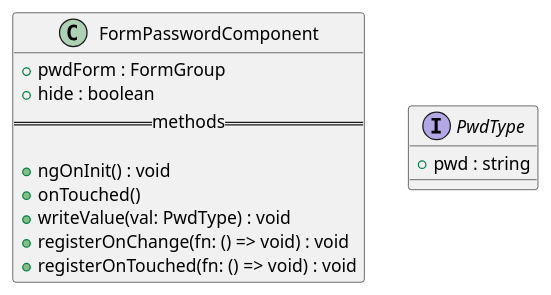
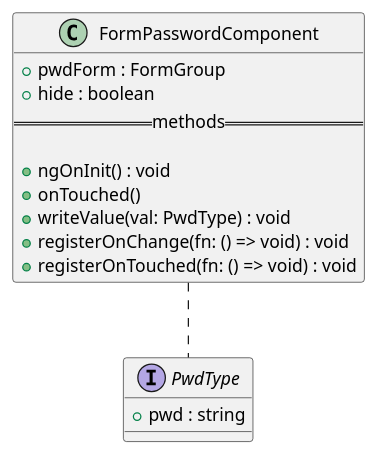
Before and after one commit to GruppOne/stalker-web-app: the diagram in docs/diagrams/view/components/FormPasswordComponent.pu, drawn with PlantUML. The commit also changed 2 other files, not shown here.

Commit message:
docs: add packages and fix class diagrams

```diff
--- a/docs/diagrams/view/components/FormPasswordComponent.pu
+++ b/docs/diagrams/view/components/FormPasswordComponent.pu
@@ -1,17 +1,19 @@
 @startuml FormPasswordComponent diagram
 class FormPasswordComponent {
   + pwdForm : FormGroup
   + hide : boolean
   ==methods==
 
   + ngOnInit() : void
   + onTouched()
   + writeValue(val: PwdType) : void
   + registerOnChange(fn: () => void) : void
   + registerOnTouched(fn: () => void) : void
 }
 
 interface PwdType {
   + pwd : string
 }
+
+FormPasswordComponent .. PwdType
 @enduml
```
